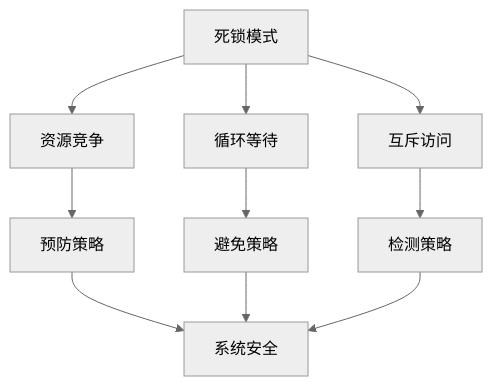
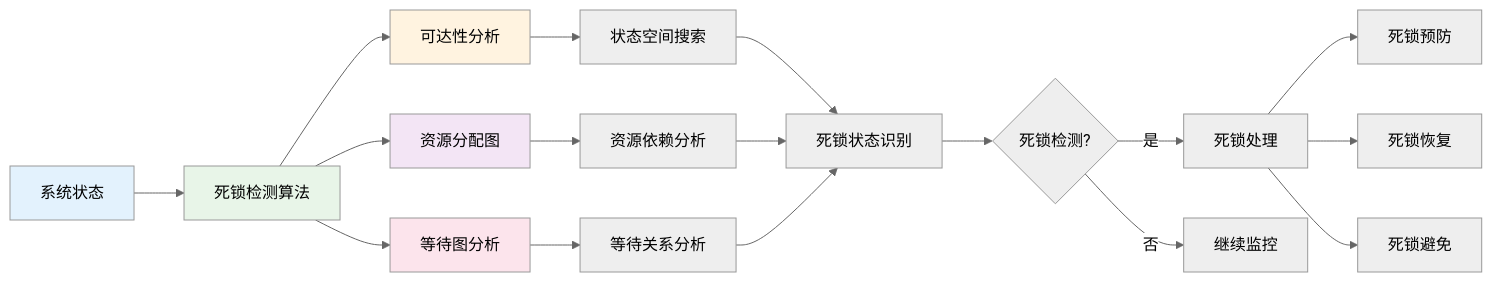
One commit to AdaMartin18010/Lean changed the third of 4 diagrams in analysis/1-形式化理论/1.4-Petri网与分布式系统/1.4.4-一致性与死锁证明.md. Above: the diagram before and after it, drawn with Mermaid (neutral theme). The commit also changed other lines of this file and 24 other files, not shown here.

````diff
--- a/analysis/1-形式化理论/1.4-Petri网与分布式系统/1.4.4-一致性与死锁证明.md
+++ b/analysis/1-形式化理论/1.4-Petri网与分布式系统/1.4.4-一致性与死锁证明.md
@@ -214,14 +653,29 @@
 ```mermaid
-graph TD
-  A[死锁模式] --> B[资源竞争]
-  A --> C[循环等待]
-  A --> D[互斥访问]
-  
-  B --> E[预防策略]
-  C --> F[避免策略]
-  D --> G[检测策略]
-  
-  E --> H[系统安全]
-  F --> H
-  G --> H
+graph LR
+    A[系统状态] --> B[死锁检测算法]
+    B --> C[可达性分析]
+    B --> D[资源分配图]
+    B --> E[等待图分析]
+    
+    C --> F[状态空间搜索]
+    D --> G[资源依赖分析]
+    E --> H[等待关系分析]
+    
+    F --> I[死锁状态识别]
+    G --> I
+    H --> I
+    
+    I --> J{死锁检测?}
+    J -->|是| K[死锁处理]
+    J -->|否| L[继续监控]
+    
+    K --> M[死锁预防]
+    K --> N[死锁恢复]
+    K --> O[死锁避免]
+    
+    style A fill:#e3f2fd
+    style B fill:#e8f5e8
+    style C fill:#fff3e0
+    style D fill:#f3e5f5
+    style E fill:#fce4ec
 ```
````
